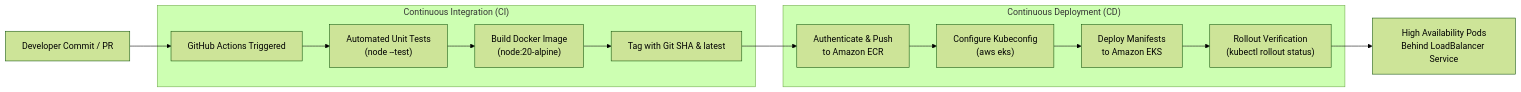
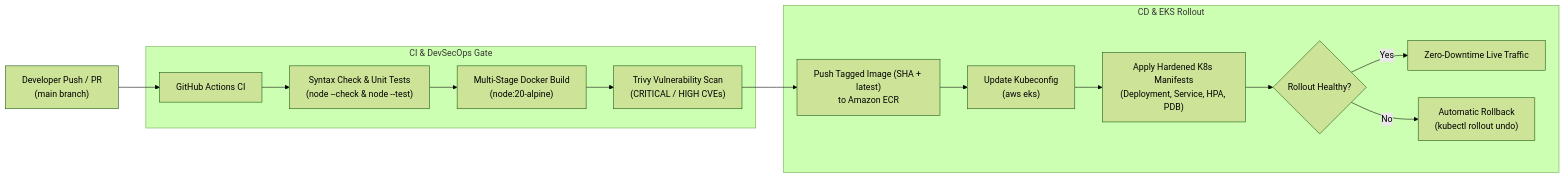
One commit to gawadeAnkit/eks-github-actions-cicd changed the diagram in README.md. Above: the diagram before and after it, drawn with Mermaid (forest theme). The commit also changed other lines of this file and 11 other files, not shown here.

Commit message:
feat: add enterprise DevSecOps, K8s hardening, HPA, PDB, and auto-rollback

````diff
--- a/README.md
+++ b/README.md
@@ -9,16 +9,17 @@
 ```mermaid
 flowchart LR
-    A["Developer Commit / PR"] --> B["GitHub Actions Triggered"]
-    subgraph CI ["Continuous Integration (CI)"]
-        B --> C["Automated Unit Tests\n(node --test)"]
-        C --> D["Build Docker Image\n(node:20-alpine)"]
-        D --> E["Tag with Git SHA & latest"]
+    A["Developer Push / PR\n(main branch)"] --> B["GitHub Actions CI"]
+    subgraph CI ["CI & DevSecOps Gate"]
+        B --> C["Syntax Check & Unit Tests\n(node --check & node --test)"]
+        C --> D["Multi-Stage Docker Build\n(node:20-alpine)"]
+        D --> E["Trivy Vulnerability Scan\n(CRITICAL / HIGH CVEs)"]
     end
-    subgraph CD ["Continuous Deployment (CD)"]
-        E --> F["Authenticate & Push\nto Amazon ECR"]
-        F --> G["Configure Kubeconfig\n(aws eks)"]
-        G --> H["Deploy Manifests\nto Amazon EKS"]
-        H --> I["Rollout Verification\n(kubectl rollout status)"]
+    subgraph CD ["CD & EKS Rollout"]
+        E --> F["Push Tagged Image (SHA + latest)\nto Amazon ECR"]
+        F --> G["Update Kubeconfig\n(aws eks)"]
+        G --> H["Apply Hardened K8s Manifests\n(Deployment, Service, HPA, PDB)"]
+        H --> I{"Rollout Healthy?"}
+        I -- Yes --> J["Zero-Downtime Live Traffic"]
+        I -- No --> K["Automatic Rollback\n(kubectl rollout undo)"]
     end
-    I --> J["High Availability Pods\nBehind LoadBalancer Service"]
 ```
````
